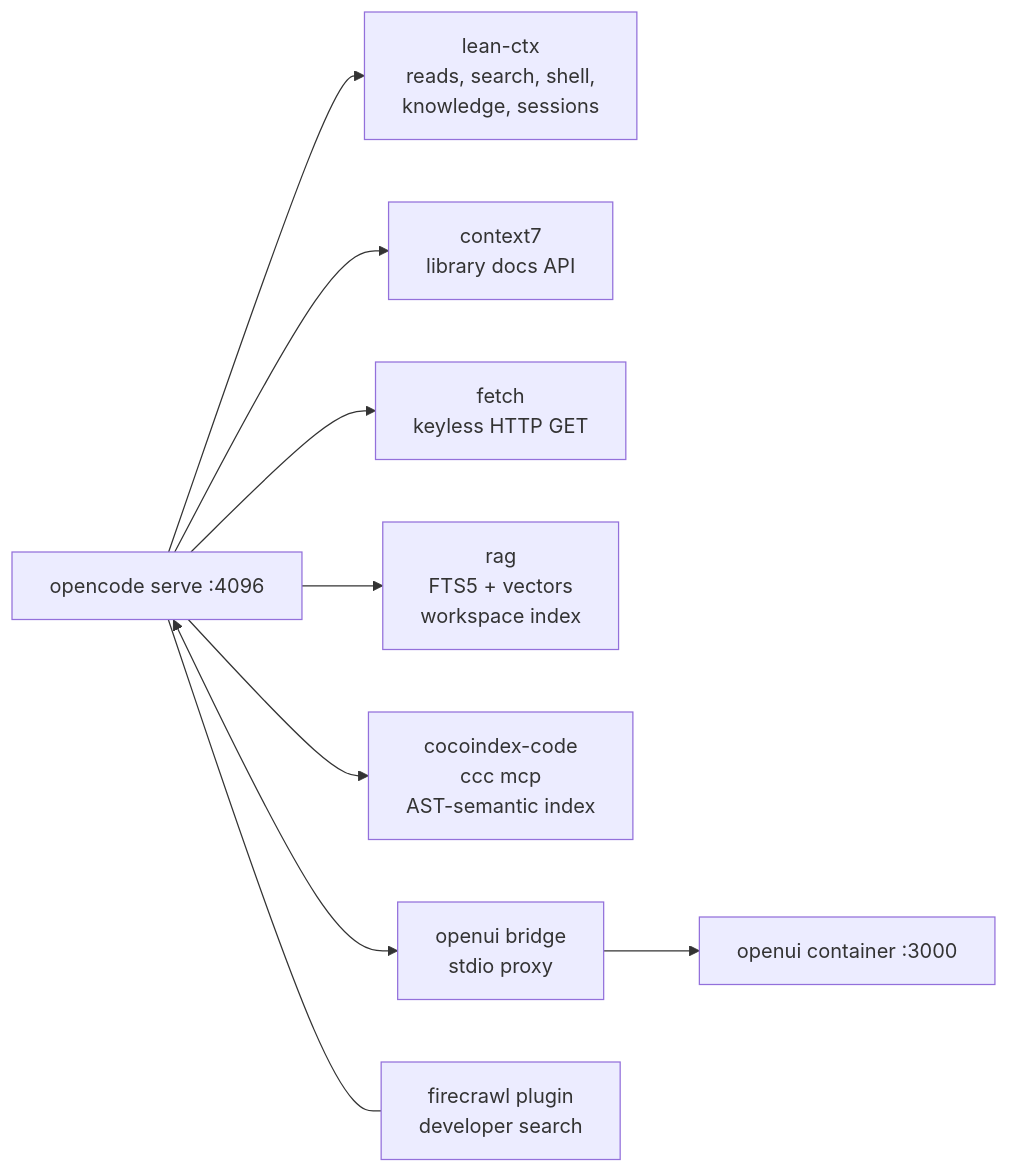
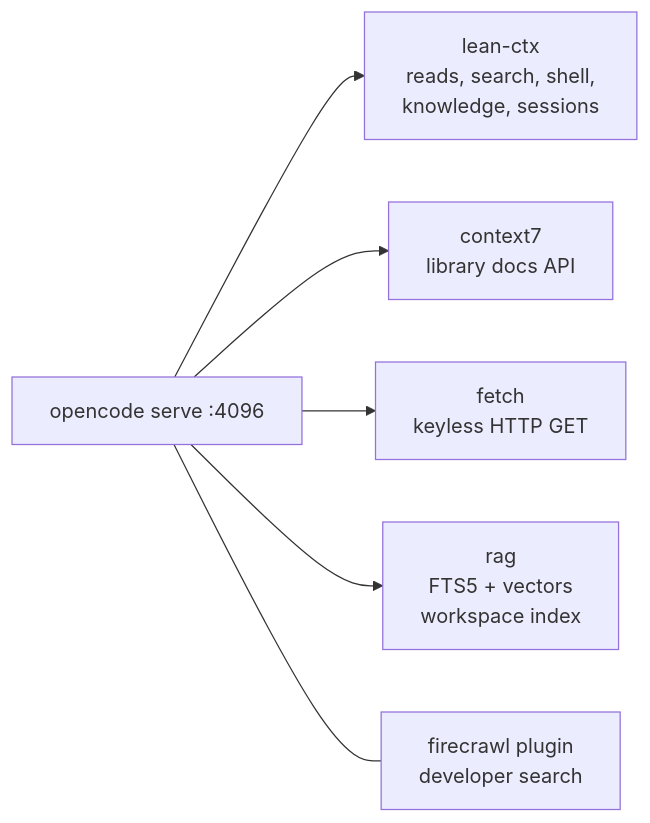
The first of 3 diagrams in workspace/agents/opencode/README.md (RizkiRachman/utility), drawn with Mermaid before and after one commit. The commit also changed other lines of this file and 28 other files, not shown here.

````diff
--- a/workspace/agents/opencode/README.md
+++ b/workspace/agents/opencode/README.md
@@ -180,19 +176,14 @@
 ```mermaid
 flowchart LR
     OC["opencode serve :4096"]
     LC["lean-ctx<br/>reads, search, shell,<br/>knowledge, sessions"]
     C7["context7<br/>library docs API"]
     FE["fetch<br/>keyless HTTP GET"]
     RG["rag<br/>FTS5 + vectors<br/>workspace index"]
-    CC["cocoindex-code<br/>ccc mcp<br/>AST-semantic index"]
-    BR["openui bridge<br/>stdio proxy"]
-    UI["openui container :3000"]
     FC["firecrawl plugin<br/>developer search"]
     OC --> LC
     OC --> C7
     OC --> FE
     OC --> RG
-    OC --> CC
-    OC <--> BR --> UI
     OC --- FC
 ```
````
